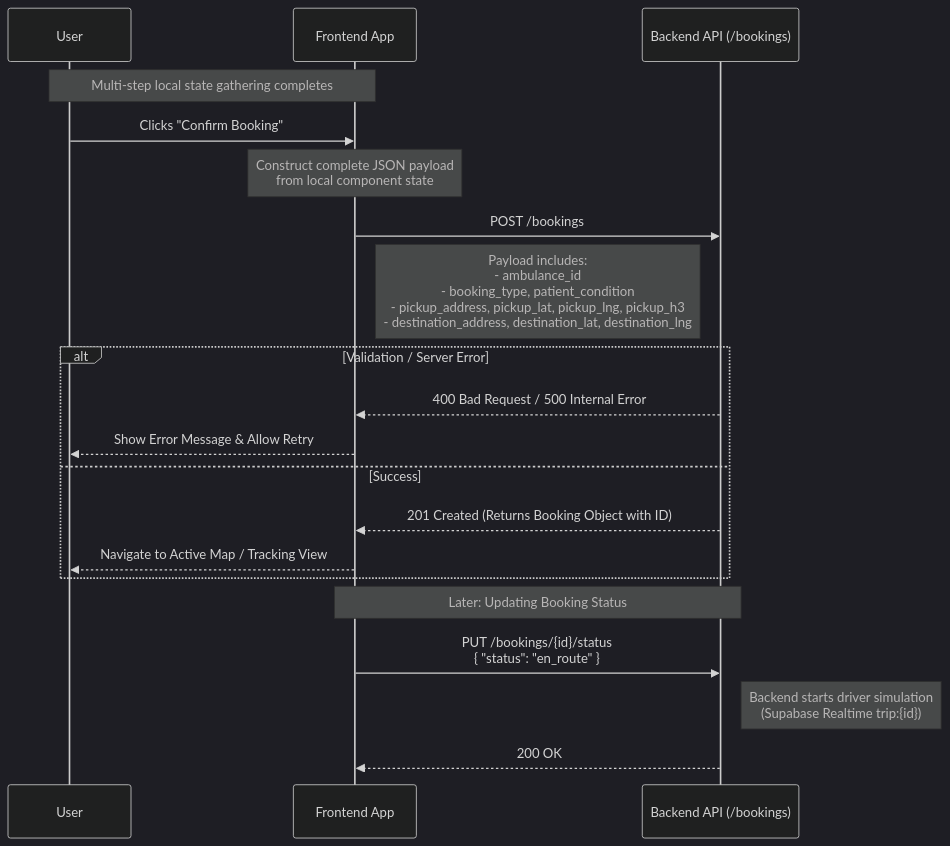
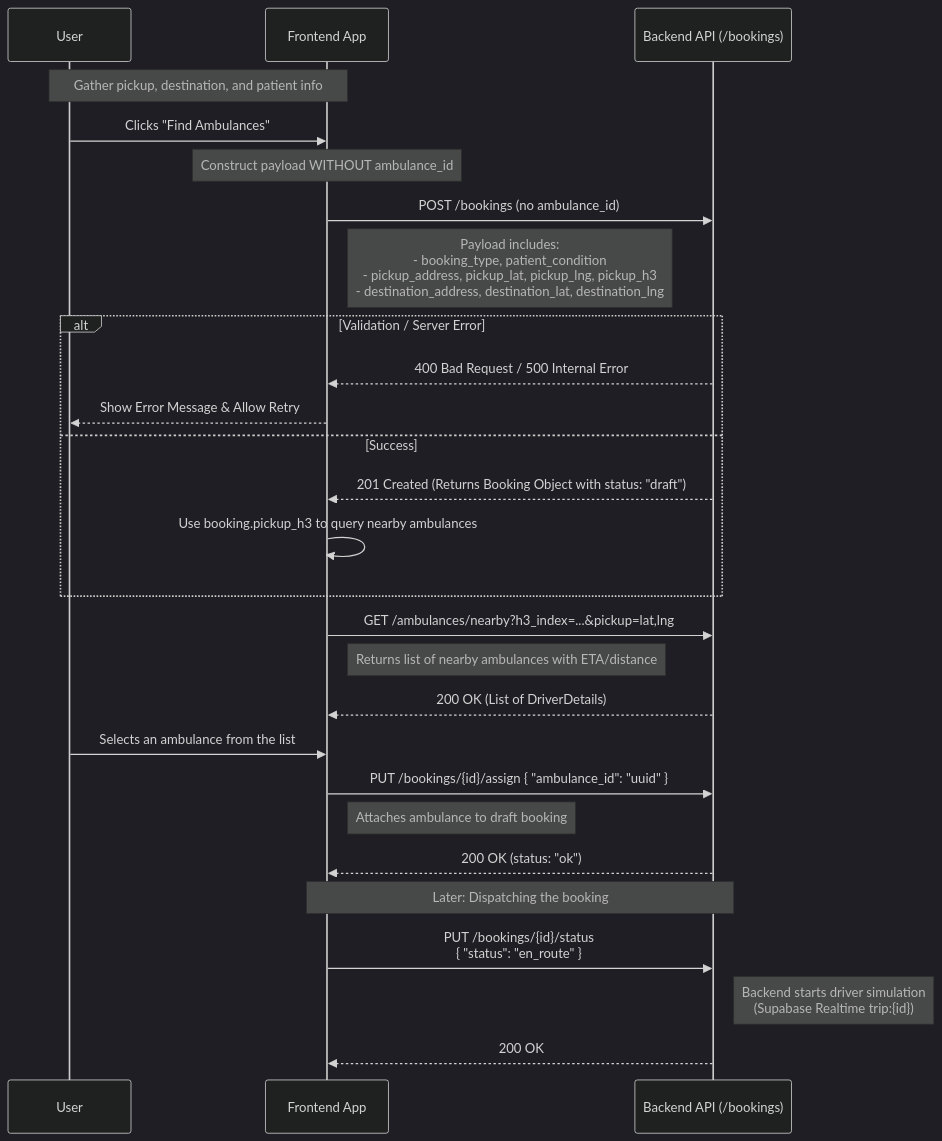
Before and after one commit to 101-toyota-team/resqlink-be: the second of 2 diagrams in docs/FRONTEND_BOOKING_FLOW.md, drawn with Mermaid (dark theme). The commit also changed other lines of this file and 1 other file, not shown here.

First line of the commit message:
docs: sync API spec and booking flow for two-step model

````diff
--- a/docs/FRONTEND_BOOKING_FLOW.md
+++ b/docs/FRONTEND_BOOKING_FLOW.md
@@ -29,27 +32,36 @@
 ```mermaid
 sequenceDiagram
     participant U as User
     participant F as Frontend App
     participant B as Backend API (/bookings)
     
-    Note over U, F: Multi-step local state gathering completes
+    Note over U, F: Gather pickup, destination, and patient info
     
-    U->>F: Clicks "Confirm Booking"
-    Note over F: Construct complete JSON payload<br/>from local component state
+    U->>F: Clicks "Find Ambulances"
+    Note over F: Construct payload WITHOUT ambulance_id
     
-    F->>B: POST /bookings
-    Note right of F: Payload includes:<br/>- ambulance_id<br/>- booking_type, patient_condition<br/>- pickup_address, pickup_lat, pickup_lng, pickup_h3<br/>- destination_address, destination_lat, destination_lng
+    F->>B: POST /bookings (no ambulance_id)
+    Note right of F: Payload includes:<br/>- booking_type, patient_condition<br/>- pickup_address, pickup_lat, pickup_lng, pickup_h3<br/>- destination_address, destination_lat, destination_lng
     
     alt Validation / Server Error
         B-->>F: 400 Bad Request / 500 Internal Error
         F-->>U: Show Error Message & Allow Retry
     else Success
-        B-->>F: 201 Created (Returns Booking Object with ID)
-        F-->>U: Navigate to Active Map / Tracking View
+        B-->>F: 201 Created (Returns Booking Object with status: "draft")
+        F->>F: Use booking.pickup_h3 to query nearby ambulances
     end
     
-    Note over F, B: Later: Updating Booking Status
+    F->>B: GET /ambulances/nearby?h3_index=...&pickup=lat,lng
+    Note right of F: Returns list of nearby ambulances with ETA/distance
+    B-->>F: 200 OK (List of DriverDetails)
+    
+    U->>F: Selects an ambulance from the list
+    F->>B: PUT /bookings/{id}/assign { "ambulance_id": "uuid" }
+    Note right of F: Attaches ambulance to draft booking
+    B-->>F: 200 OK (status: "ok")
+    
+    Note over F, B: Later: Dispatching the booking
     F->>B: PUT /bookings/{id}/status <br/>{ "status": "en_route" }
     Note right of B: Backend starts driver simulation<br/>(Supabase Realtime trip:{id})
     B-->>F: 200 OK
 ```
````
